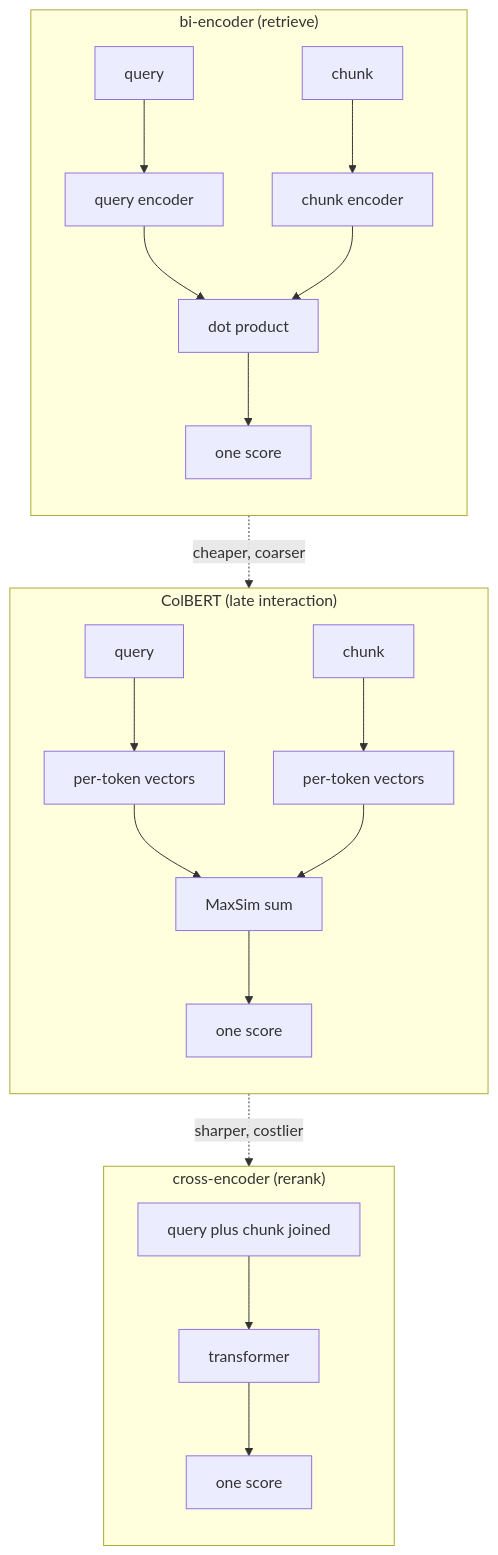
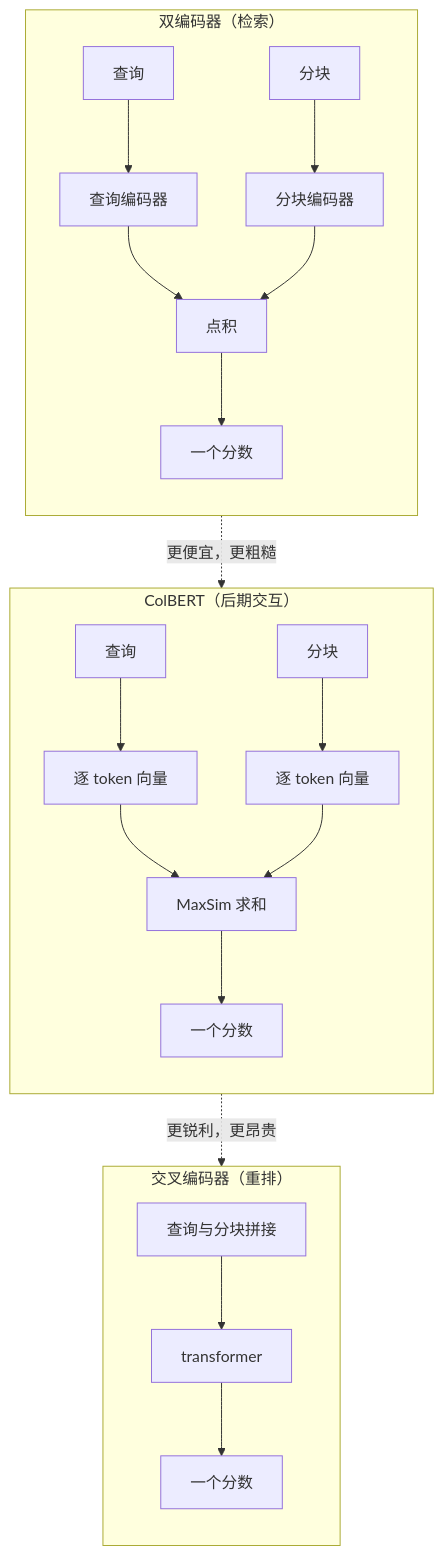
The first of 3 diagrams in zh/orchestration/06-rag-retrieval.qmd (latere-ai/ai-as-an-infrastructure), drawn with Mermaid before and after one commit. The commit also changed other lines of this file and 273 other files, not shown here.

Commit message:
docs: localize Chinese diagrams

````diff
--- a/zh/orchestration/06-rag-retrieval.qmd
+++ b/zh/orchestration/06-rag-retrieval.qmd
@@ -73,28 +73,28 @@
 ```{mermaid}
 %%| label: fig-rag-interaction
 %%| fig-cap: "三种检索架构，按查询与分块交互的位置排列。双编码器只在最终的点积处让它们相遇，于是分块向量可以离线预计算，检索很廉价。交叉编码器在输入处就融合它们，精确，但必须逐对运行。ColBERT 保留逐词元向量，经 MaxSim 做后交互，介于两者之间。"
 flowchart TB
-  subgraph BI["bi-encoder (retrieve)"]
+  subgraph BI["双编码器（检索）"]
     direction TB
-    bq[query] --> beq[query encoder]
-    bc[chunk] --> bec[chunk encoder]
-    beq --> bdot["dot product"]
+    bq[查询] --> beq[查询编码器]
+    bc[分块] --> bec[分块编码器]
+    beq --> bdot["点积"]
     bec --> bdot
-    bdot --> bs["one score"]
+    bdot --> bs["一个分数"]
   end
-  subgraph LATE["ColBERT (late interaction)"]
+  subgraph LATE["ColBERT（后期交互）"]
     direction TB
-    lq[query] --> leq[per-token vectors]
-    lc[chunk] --> lec[per-token vectors]
-    leq --> lmax["MaxSim sum"]
+    lq[查询] --> leq[逐 token 向量]
+    lc[分块] --> lec[逐 token 向量]
+    leq --> lmax["MaxSim 求和"]
     lec --> lmax
-    lmax --> ls["one score"]
+    lmax --> ls["一个分数"]
   end
-  subgraph CROSS["cross-encoder (rerank)"]
+  subgraph CROSS["交叉编码器（重排）"]
     direction TB
-    cqc["query plus chunk joined"] --> ctf[transformer]
-    ctf --> cs["one score"]
+    cqc["查询与分块拼接"] --> ctf[transformer]
+    ctf --> cs["一个分数"]
   end
-  BI -.->|"cheaper, coarser"| LATE
-  LATE -.->|"sharper, costlier"| CROSS
+  BI -.->|"更便宜，更粗糙"| LATE
+  LATE -.->|"更锐利，更昂贵"| CROSS
 ```
````
